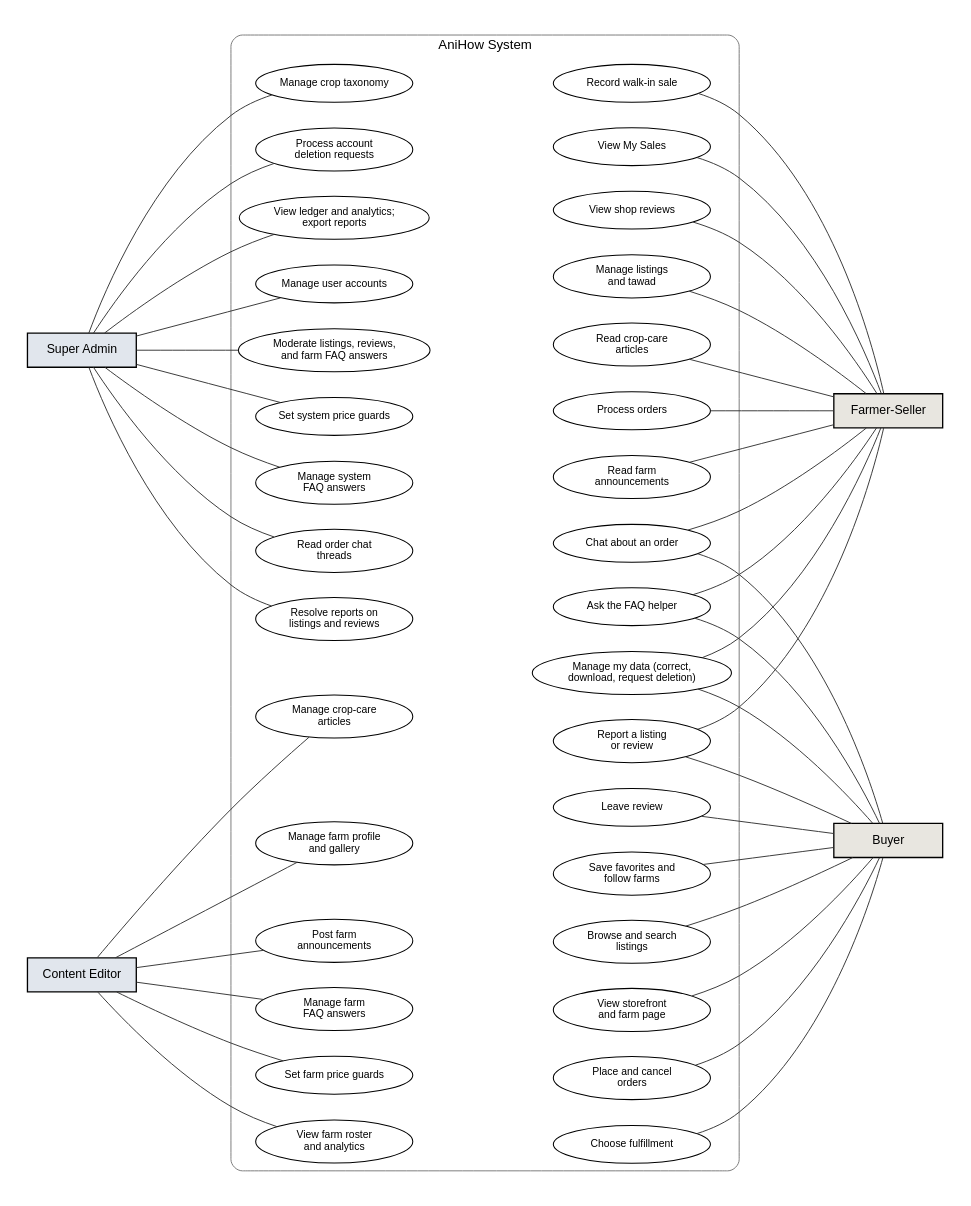
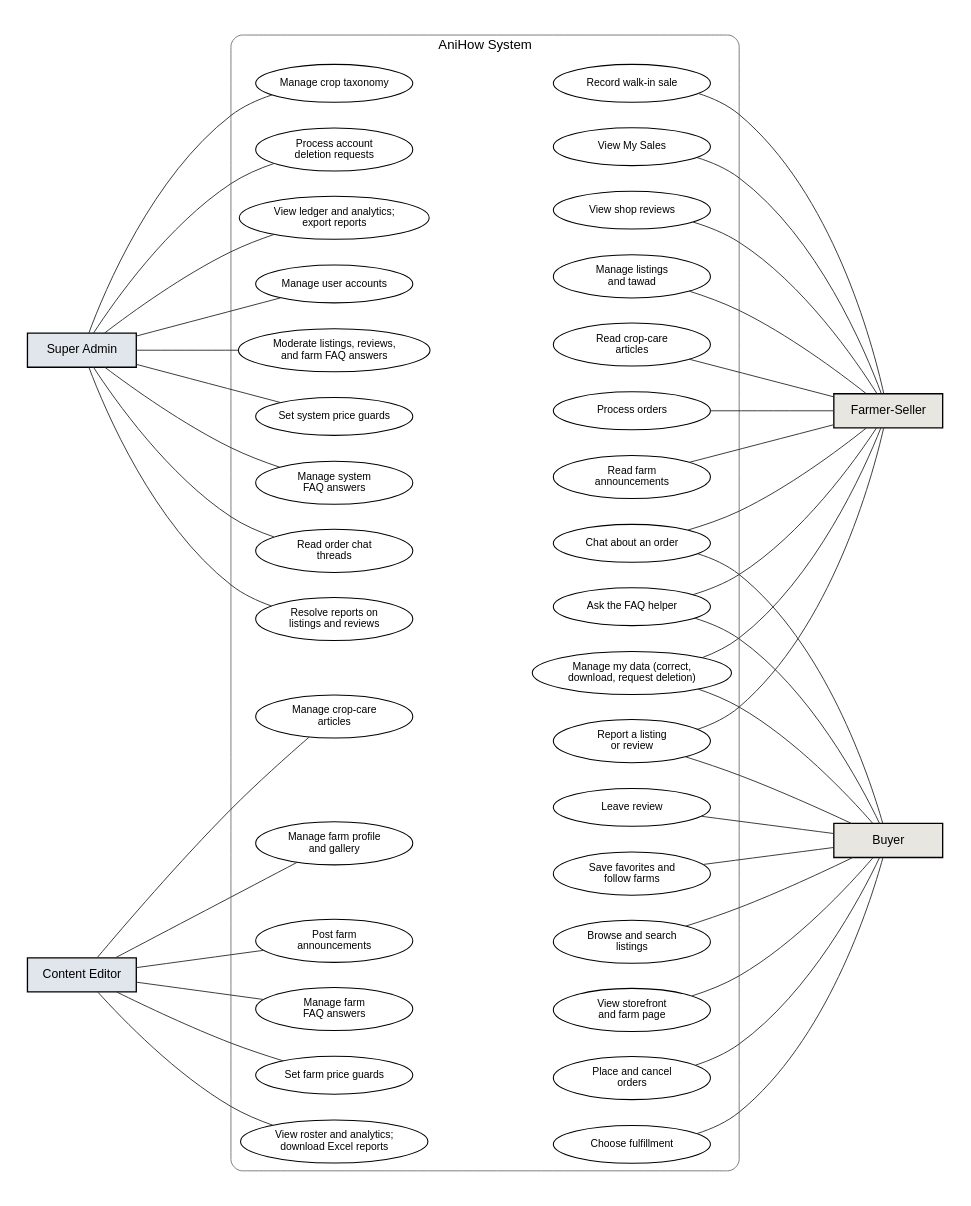
Before and after one commit to shawncastaneda11-commits/anihow-backend: the diagram in docs/manuscript/figures/src/fig5_use_case.dot, drawn with Graphviz. The commit also changed 16 other files, not shown here.

First line of the commit message:
Show the Content Editor's Excel reports in the manuscript figures

```diff
--- a/docs/manuscript/figures/src/fig5_use_case.dot
+++ b/docs/manuscript/figures/src/fig5_use_case.dot
@@ -1,75 +1,75 @@
 // Figure 5. Use case diagram of AniHow (v3.5, with content reports).
 digraph G {
   graph [rankdir=LR, nodesep=0.38, ranksep=1.5, pad=0.3, fontname="Liberation Sans", newrank=true, splines=spline];
   node  [fontname="Liberation Sans", fontsize=11];
   edge  [arrowhead=none, penwidth=1.0, color="#333333"];
 
   node [shape=box, style="filled", penwidth=1.4, fontsize=13, width=1.6];
   sa [label="Super Admin",    fillcolor="#E1E6ED"];
   ce [label="Content Editor", fillcolor="#E1E6ED"];
   fs [label="Farmer-Seller",  fillcolor="#E8E6E0"];
   by [label="Buyer",          fillcolor="#E8E6E0"];
 
   subgraph cluster_sys {
     label="AniHow System"; style="rounded"; color="#777777"; fontsize=14;
     node [shape=ellipse, style="solid", penwidth=1.1, width=2.3, height=0.55, fontsize=11];
 
     // Super Admin (CMS)
     sa1 [label="Manage user accounts"];
     sa2 [label="Set system price guards"];
     sa3 [label="Manage crop taxonomy"];
     sa4 [label="Moderate listings, reviews,\nand farm FAQ answers"];
     sa5 [label="Manage system\nFAQ answers"];
     sa6 [label="Process account\ndeletion requests"];
     sa7 [label="View ledger and analytics;\nexport reports"];
     sa8 [label="Read order chat\nthreads"];
     sa9 [label="Resolve reports on\nlistings and reviews"];
 
     // Content Editor (CMS, own farm)
     ce1 [label="Manage crop-care\narticles"];
     ce2 [label="Manage farm profile\nand gallery"];
     ce3 [label="Post farm\nannouncements"];
     ce4 [label="Manage farm\nFAQ answers"];
     ce5 [label="Set farm price guards"];
-    ce6 [label="View farm roster\nand analytics"];
+    ce6 [label="View roster and analytics;\ndownload Excel reports"];
 
     // Farmer-Seller (app)
     fs1 [label="Manage listings\nand tawad"];
     fs2 [label="Process orders"];
     fs3 [label="Record walk-in sale"];
     fs4 [label="Read crop-care\narticles"];
     fs5 [label="Read farm\nannouncements"];
     fs6 [label="View My Sales"];
     fs7 [label="View shop reviews"];
 
     // Shared by both app users
     sh1 [label="Chat about an order"];
     sh2 [label="Ask the FAQ helper"];
     sh3 [label="Manage my data (correct,\ndownload, request deletion)"];
     sh4 [label="Report a listing\nor review"];
 
     // Buyer (app)
     by1 [label="Browse and search\nlistings"];
     by2 [label="View storefront\nand farm page"];
     by3 [label="Place and cancel\norders"];
     by4 [label="Choose fulfillment"];
     by5 [label="Leave review"];
     by6 [label="Save favorites and\nfollow farms"];
   }
 
   sa -> {sa1 sa2 sa3 sa4 sa5 sa6 sa7 sa8 sa9};
   ce -> {ce1 ce2 ce3 ce4 ce5 ce6};
   {fs1 fs2 fs3 fs4 fs5 fs6 fs7 sh1 sh2 sh3 sh4} -> fs;
   {sh1 sh2 sh3 sh4 by1 by2 by3 by4 by5 by6} -> by;
 
   // two columns: CMS use cases (left) and app use cases (right)
   {rank=same; sa ce}
   {rank=same; sa1 sa2 sa3 sa4 sa5 sa6 sa7 sa8 sa9 ce1 ce2 ce3 ce4 ce5 ce6}
   {rank=same; fs1 fs2 fs3 fs4 fs5 fs6 fs7 sh1 sh2 sh3 sh4 by1 by2 by3 by4 by5 by6}
   {rank=same; fs by}
   edge [style=invis];
   sa1 -> fs1; sa2 -> fs2; sa3 -> fs3; sa4 -> fs4; sa5 -> fs5; sa6 -> fs6; sa7 -> fs7;
   sa8 -> sh1; sa9 -> sh2; ce1 -> sh3; ce2 -> sh4; ce3 -> by1; ce4 -> by2; ce5 -> by3; ce6 -> by4;
   sa1 -> sa2 -> sa3 -> sa4 -> sa5 -> sa6 -> sa7 -> sa8 -> sa9 -> ce1 -> ce2 -> ce3 -> ce4 -> ce5 -> ce6 [constraint=false];
   fs1 -> fs2 -> fs3 -> fs4 -> fs5 -> fs6 -> fs7 -> sh1 -> sh2 -> sh3 -> sh4 -> by1 -> by2 -> by3 -> by4 -> by5 -> by6 [constraint=false];
 }
```
